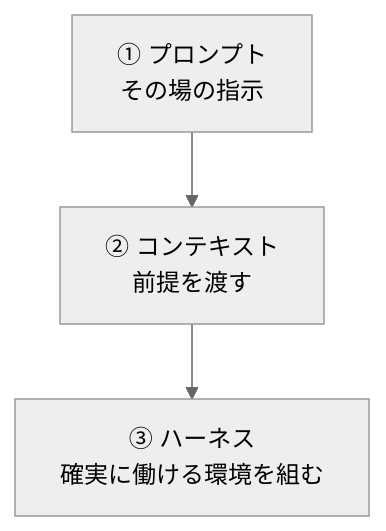
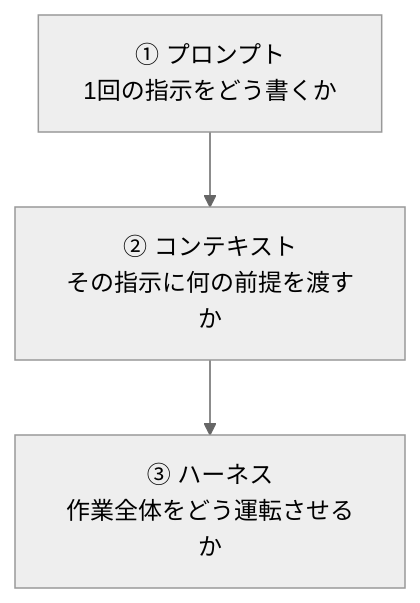
One commit to coachtech-material/pj_X changed the first of 2 diagrams in curriculums/part-04_Claude-Code-応用/chapter-01_ハーネスと仕組み化/4-1-1_プロンプト・コンテキスト・ハーネスの3階層.md. Above: the diagram before and after it, drawn with Mermaid (neutral theme). The commit also changed other lines of this file and 6 other files, not shown here.

````diff
--- a/curriculums/part-04_Claude-Code-応用/chapter-01_ハーネスと仕組み化/4-1-1_プロンプト・コンテキスト・ハーネスの3階層.md
+++ b/curriculums/part-04_Claude-Code-応用/chapter-01_ハーネスと仕組み化/4-1-1_プロンプト・コンテキスト・ハーネスの3階層.md
@@ -39,5 +39,5 @@
 ```mermaid
 flowchart TB
-    A["① プロンプト<br>その場の指示"] --> B["② コンテキスト<br>前提を渡す"]
-    B --> C["③ ハーネス<br>確実に働ける環境を組む"]
+    A["① プロンプト<br>1回の指示をどう書くか"] --> B["② コンテキスト<br>その指示に何の前提を渡すか"]
+    B --> C["③ ハーネス<br>作業全体をどう運転させるか"]
 ```
````
